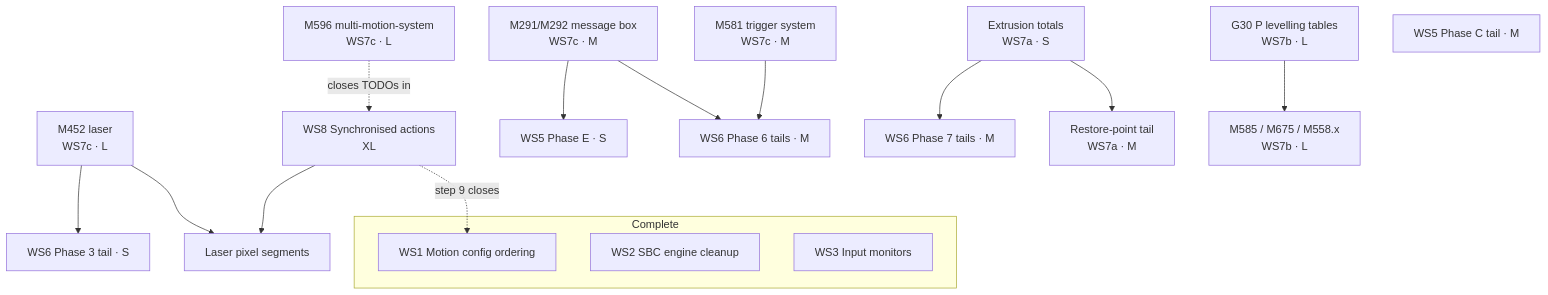
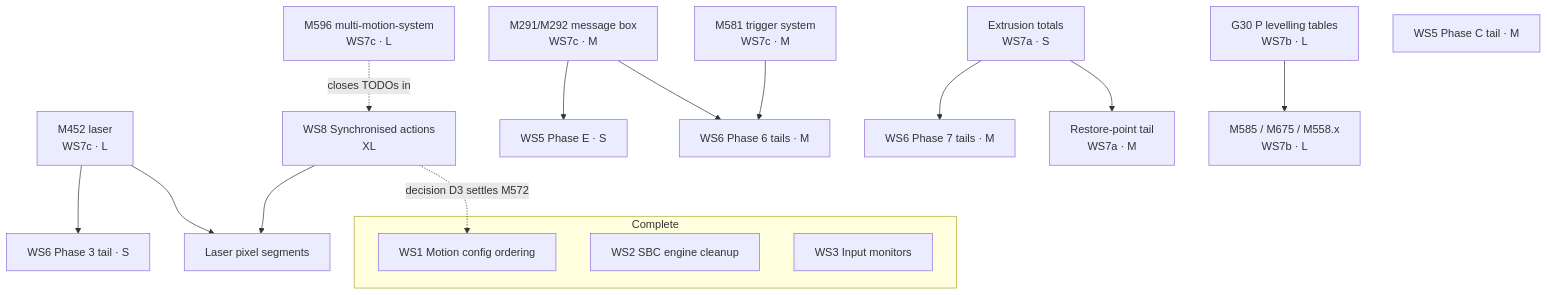
The diagram in docs/devel/PROJECT_OVERVIEW.md (Duet3D/DuetSoftwareFramework), drawn with Mermaid before and after one commit. The commit also changed other lines of this file and 2 other files, not shown here.

````diff
--- a/docs/devel/PROJECT_OVERVIEW.md
+++ b/docs/devel/PROJECT_OVERVIEW.md
@@ -186,37 +195,37 @@
 ```mermaid
 graph TD
     subgraph done ["Complete"]
         WS1["WS1 Motion config ordering"]
         WS2["WS2 SBC engine cleanup"]
         WS3["WS3 Input monitors"]
     end
 
     M291["M291/M292 message box<br/>WS7c · M"]
     M581["M581 trigger system<br/>WS7c · M"]
     M452["M452 laser<br/>WS7c · L"]
     M596["M596 multi-motion-system<br/>WS7c · L"]
     EXTR["Extrusion totals<br/>WS7a · S"]
     G30P["G30 P levelling tables<br/>WS7b · L"]
 
     E_C["WS5 Phase C tail · M"]
     E_E["WS5 Phase E · S"]
     J6["WS6 Phase 6 tails · M"]
     J3["WS6 Phase 3 tail · S"]
     J7["WS6 Phase 7 tails · M"]
     PROBE["M585 / M675 / M558.x<br/>WS7b · L"]
     RP["Restore-point tail<br/>WS7a · M"]
     WS8["WS8 Synchronised actions<br/>XL"]
     LASERSEG["Laser pixel segments"]
 
     M291 --> E_E
     M291 --> J6
     M581 --> J6
     M452 --> J3
     EXTR --> J7
     EXTR --> RP
     G30P --> PROBE
     M596 -.->|closes TODOs in| WS8
     WS8 --> LASERSEG
     M452 --> LASERSEG
-    WS8 -.->|step 9 closes| WS1
+    WS8 -.->|decision D3 settles M572| WS1
 ```
````
